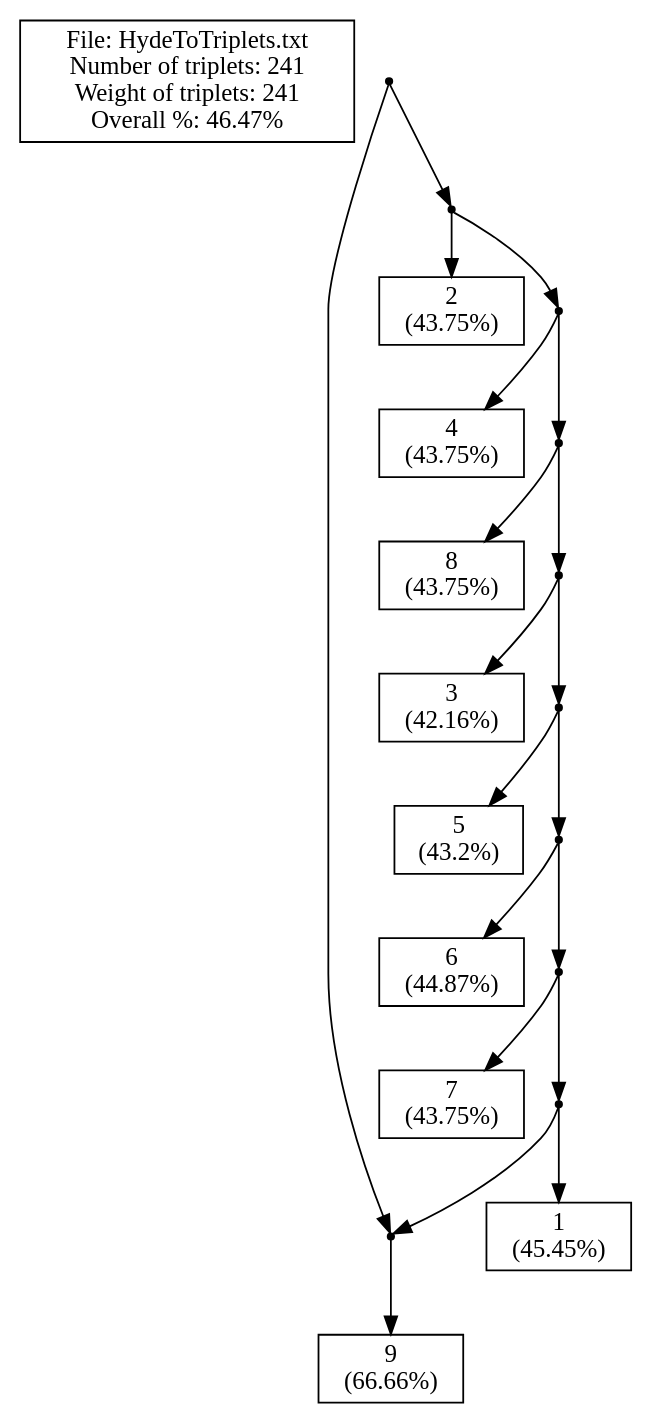
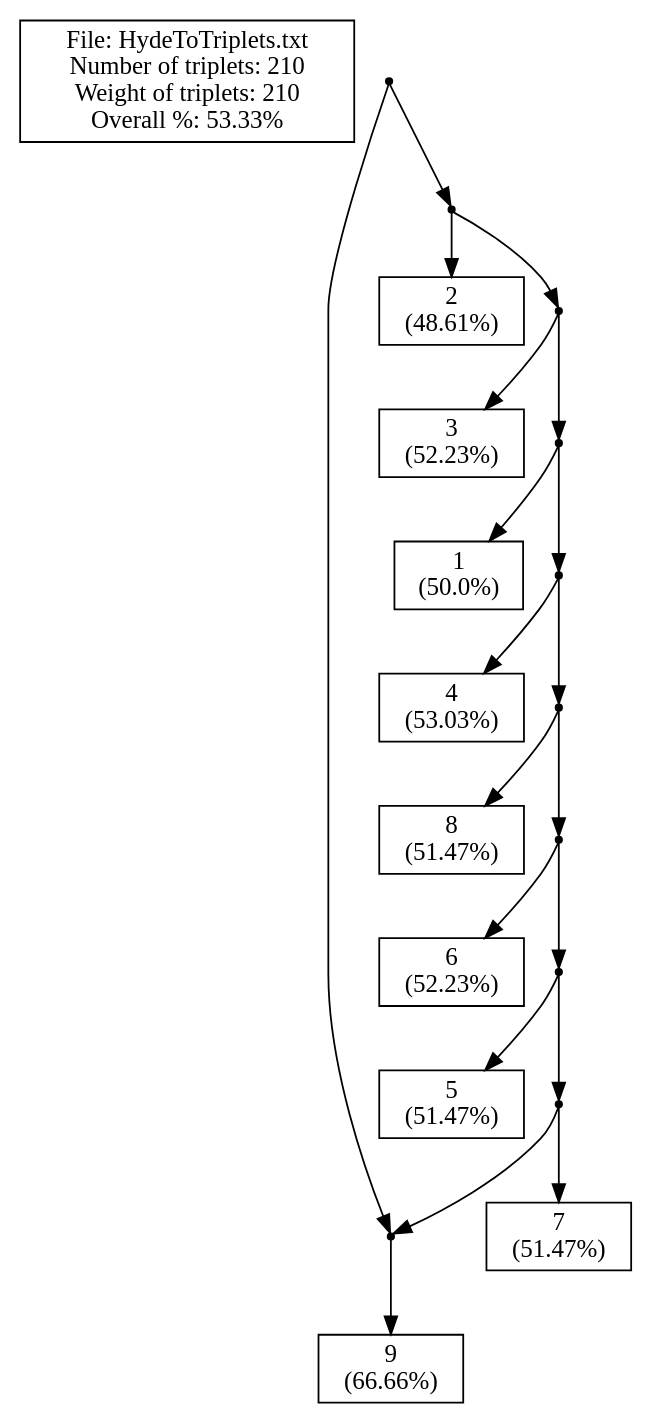
The diagram in src/Server/cExample1_m.dot (solislemuslab/phylo-knit), drawn with Graphviz before and after one commit. The commit also changed 8 other files, not shown here.

```diff
--- a/src/Server/cExample1_m.dot
+++ b/src/Server/cExample1_m.dot
@@ -1,66 +1,66 @@
 // LEV1ATHAN Version 1.0, 21 september 2009
 // COMMENT: Pre-processing the input file to count the leaves
 // COMMENT: Pre-processing showed that there are 9 leaves in the input.
 // SUMMARY: Input had 9 leaves.
 // USER-SETTING: Will *not* post-process output to collapse edges.
 // COMMENT: Triplet set is already dense.
-// SUMMARY: There are 241 triplets in the input.
-// SUMMARY: Total weight of input triplets is 241.
+// SUMMARY: There are 210 triplets in the input.
+// SUMMARY: Total weight of input triplets is 210.
 // SUMMARY: (Before post-processing)
-// SUMMARY: We got 112 units of triplet weight, that's 46.47% of total weight.
-// SUMMARY: In total 129 units of triplet weight were -not- consistent with the ouput network.
+// SUMMARY: We got 112 units of triplet weight, that's 53.33% of total weight.
+// SUMMARY: In total 98 units of triplet weight were -not- consistent with the ouput network.
 // SUMMARY: Output network contained 0 triplets -not- in the original input.
-// SUMMARY: The symmetric difference is thus 129 + (1 * 0) = 129
+// SUMMARY: The symmetric difference is thus 98 + (1 * 0) = 98
 // SUMMARY: (After post-processing)
 strict digraph G1 {
 edge [fontsize=8]
-labelbox [shape=box, width=0.4, label="File: HydeToTriplets.txt\nNumber of triplets: 241\nWeight of triplets: 241\nOverall %: 46.47%"];
+labelbox [shape=box, width=0.4, label="File: HydeToTriplets.txt\nNumber of triplets: 210\nWeight of triplets: 210\nOverall %: 53.33%"];
 internal1000 [shape=point];
 internal1001 [shape=point];
 9 [shape=box, width=0.3, label="9\n(66.66%)"];
 internal1003 [shape=point];
-2 [shape=box, width=0.3, label="2\n(43.75%)"];
+2 [shape=box, width=0.3, label="2\n(48.61%)"];
 internal1005 [shape=point];
-4 [shape=box, width=0.3, label="4\n(43.75%)"];
+3 [shape=box, width=0.3, label="3\n(52.23%)"];
 internal1007 [shape=point];
-8 [shape=box, width=0.3, label="8\n(43.75%)"];
+1 [shape=box, width=0.3, label="1\n(50.0%)"];
 internal1009 [shape=point];
-3 [shape=box, width=0.3, label="3\n(42.16%)"];
+4 [shape=box, width=0.3, label="4\n(53.03%)"];
 internal1011 [shape=point];
-5 [shape=box, width=0.3, label="5\n(43.2%)"];
+8 [shape=box, width=0.3, label="8\n(51.47%)"];
 internal1013 [shape=point];
-6 [shape=box, width=0.3, label="6\n(44.87%)"];
+6 [shape=box, width=0.3, label="6\n(52.23%)"];
 internal1015 [shape=point];
-7 [shape=box, width=0.3, label="7\n(43.75%)"];
+5 [shape=box, width=0.3, label="5\n(51.47%)"];
 internal1017 [shape=point];
-1 [shape=box, width=0.3, label="1\n(45.45%)"];
+7 [shape=box, width=0.3, label="7\n(51.47%)"];
 internal1000 -> internal1001
 internal1000 -> internal1003
 internal1001 -> 9
 internal1003 -> 2
 internal1003 -> internal1005
-internal1005 -> 4
+internal1005 -> 3
 internal1005 -> internal1007
-internal1007 -> 8
+internal1007 -> 1
 internal1007 -> internal1009
-internal1009 -> 3
+internal1009 -> 4
 internal1009 -> internal1011
-internal1011 -> 5
+internal1011 -> 8
 internal1011 -> internal1013
 internal1013 -> 6
 internal1013 -> internal1015
-internal1015 -> 7
+internal1015 -> 5
 internal1015 -> internal1017
-internal1017 -> 1
+internal1017 -> 7
 internal1017 -> internal1001
 internal1001 -> 9
 }
-// SUMMARY: eNewick output: ((9)#H1,(2,(4,(8,(3,(5,(6,(7,(1,#H1)))))))));
-// SUMMARY: In total 129 units of triplet weight were -not- consistent with the ouput network.
+// SUMMARY: eNewick output: ((9)#H1,(2,(3,(1,(4,(8,(6,(5,(7,#H1)))))))));
+// SUMMARY: In total 98 units of triplet weight were -not- consistent with the ouput network.
 // SUMMARY: Output network contained 0 triplets -not- in the original input.
 // SUMMARY: Weight of missing triplets before contraction minus weight of missing triplets afterwards: 0
 // SUMMARY: Number of surplus triplets before contraction minus number of surplus triplets afterwards: 0
-// CONCLUSION: After post-processing we got 112 units of triplet weight, that's 46.47% of total weight (before post-processing this was 46.47%).
-// CONCLUSION: After post-processing the symmetric difference is thus 129 + (1 * 0) = 129 (before post-processing this was 129)
-// STAT: PERCENTAGE = 46.47
-// STAT: NETWORK-TRIPLET SD = 129
+// CONCLUSION: After post-processing we got 112 units of triplet weight, that's 53.33% of total weight (before post-processing this was 53.33%).
+// CONCLUSION: After post-processing the symmetric difference is thus 98 + (1 * 0) = 98 (before post-processing this was 98)
+// STAT: PERCENTAGE = 53.33
+// STAT: NETWORK-TRIPLET SD = 98
```
